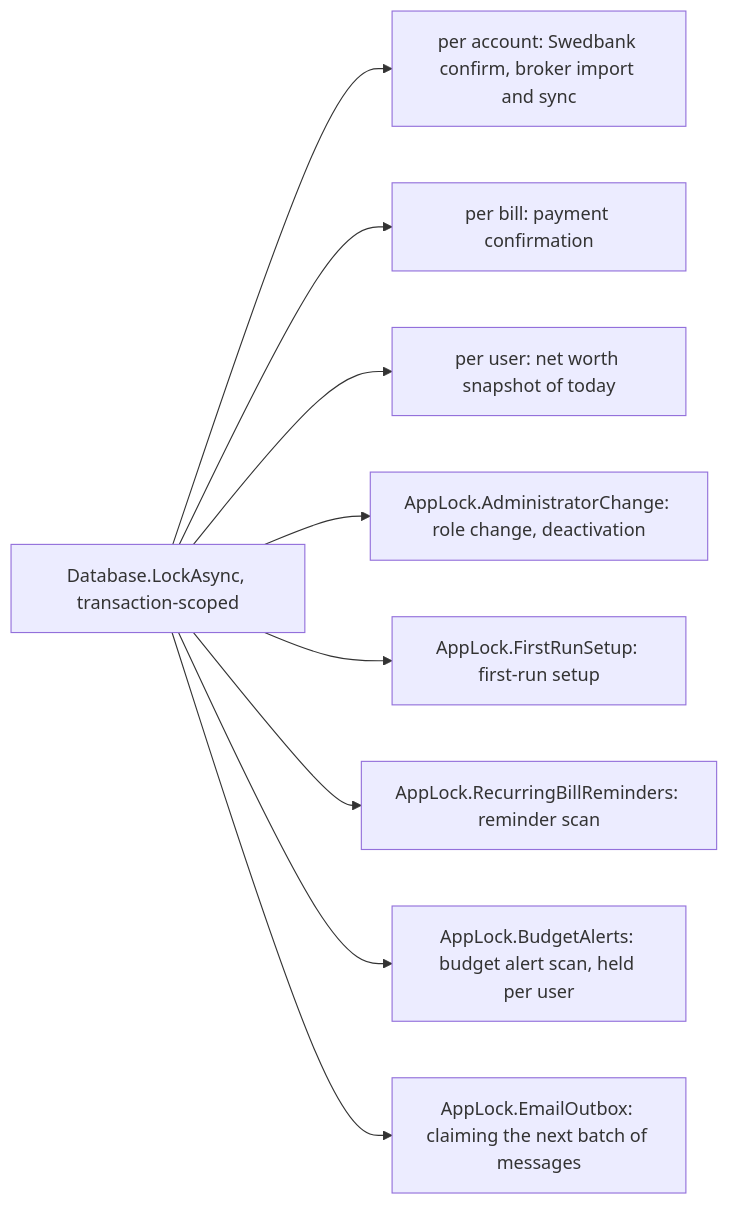
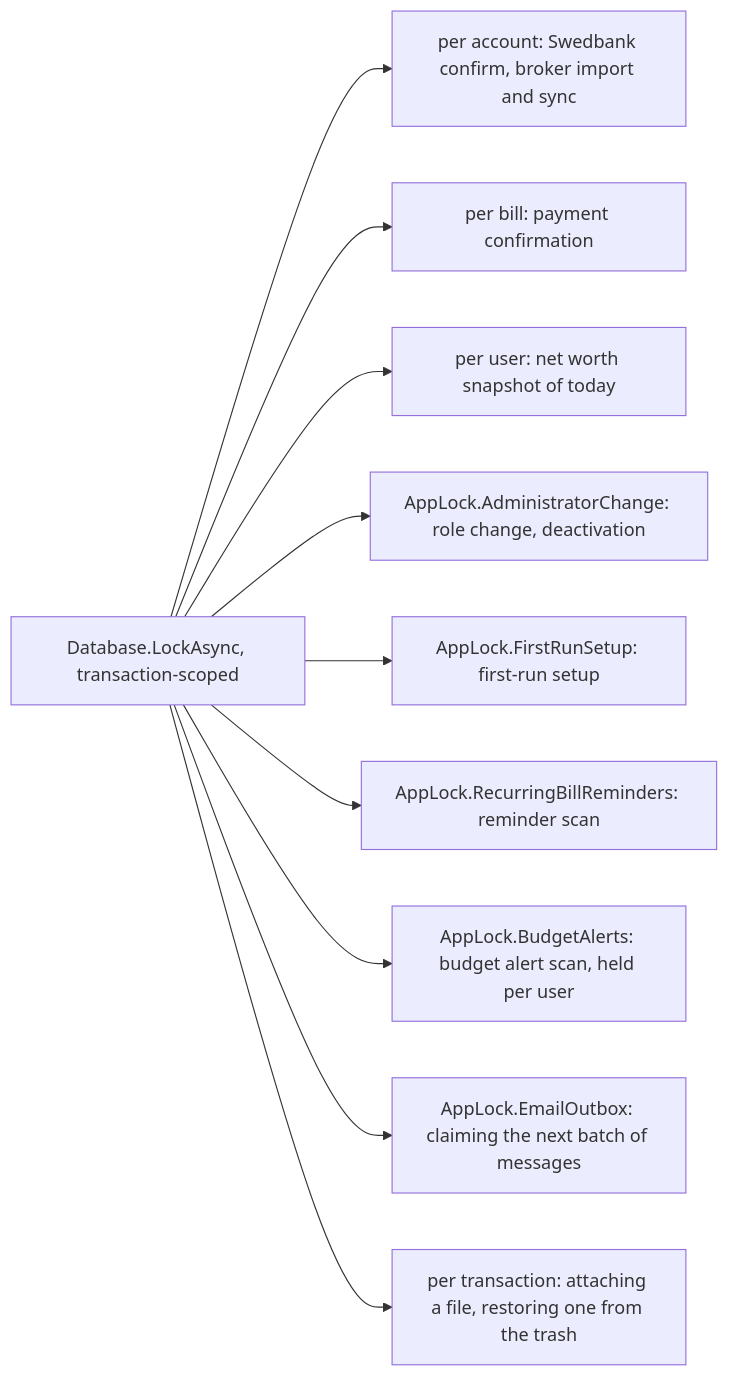
Before and after one commit to Justxs/Jx-Finance: the second of 2 diagrams in docs/features/23. Background jobs.md, drawn with Mermaid. The commit also changed other lines of this file and 133 other files, not shown here.

````diff
--- a/docs/features/23. Background jobs.md
+++ b/docs/features/23. Background jobs.md
@@ -45,11 +48,12 @@
 ```mermaid
 flowchart LR
     Lock["Database.LockAsync, transaction-scoped"] --> A["per account: Swedbank confirm, broker import and sync"]
     Lock --> Bi["per bill: payment confirmation"]
     Lock --> U["per user: net worth snapshot of today"]
     Lock --> Adm["AppLock.AdministratorChange: role change, deactivation"]
     Lock --> Setup["AppLock.FirstRunSetup: first-run setup"]
     Lock --> Rem["AppLock.RecurringBillReminders: reminder scan"]
     Lock --> Bud["AppLock.BudgetAlerts: budget alert scan, held per user"]
     Lock --> Mail["AppLock.EmailOutbox: claiming the next batch of messages"]
+    Lock --> Att["per transaction: attaching a file, restoring one from the trash"]
 ```
````
